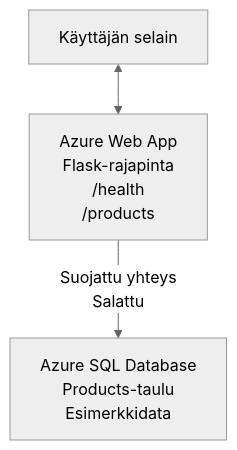
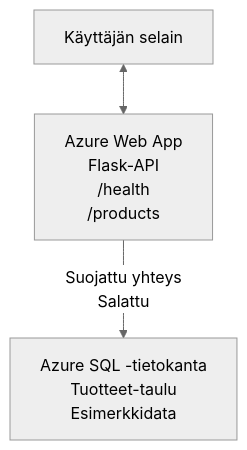
Before and after one commit to microsoft/AZD-for-beginners: the diagram in translations/fi/examples/database-app/README.md, drawn with Mermaid (neutral theme). The commit also changed other lines of this file and 104 other files, not shown here.

````diff
--- a/translations/fi/examples/database-app/README.md
+++ b/translations/fi/examples/database-app/README.md
@@ -72,5 +72,5 @@
 ```mermaid
 graph TD
-    Browser[Käyttäjän selain] <--> WebApp[Azure Web App<br/>Flask-rajapinta<br/>/health<br/>/products]
-    WebApp -- Suojattu yhteys<br/>Salattu --> SQL[Azure SQL Database<br/>Products-taulu<br/>Esimerkkidata]
+    Browser[Käyttäjän selain] <--> WebApp[Azure Web App<br/>Flask-API<br/>/health<br/>/products]
+    WebApp -- Suojattu yhteys<br/>Salattu --> SQL[Azure SQL -tietokanta<br/>Tuotteet-taulu<br/>Esimerkkidata]
 ```
````
